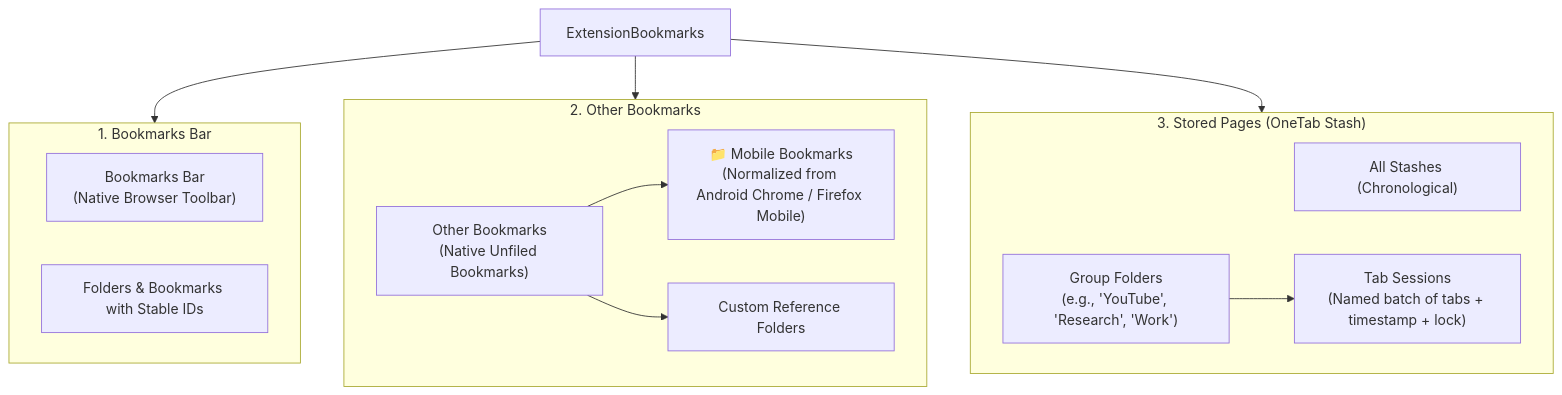
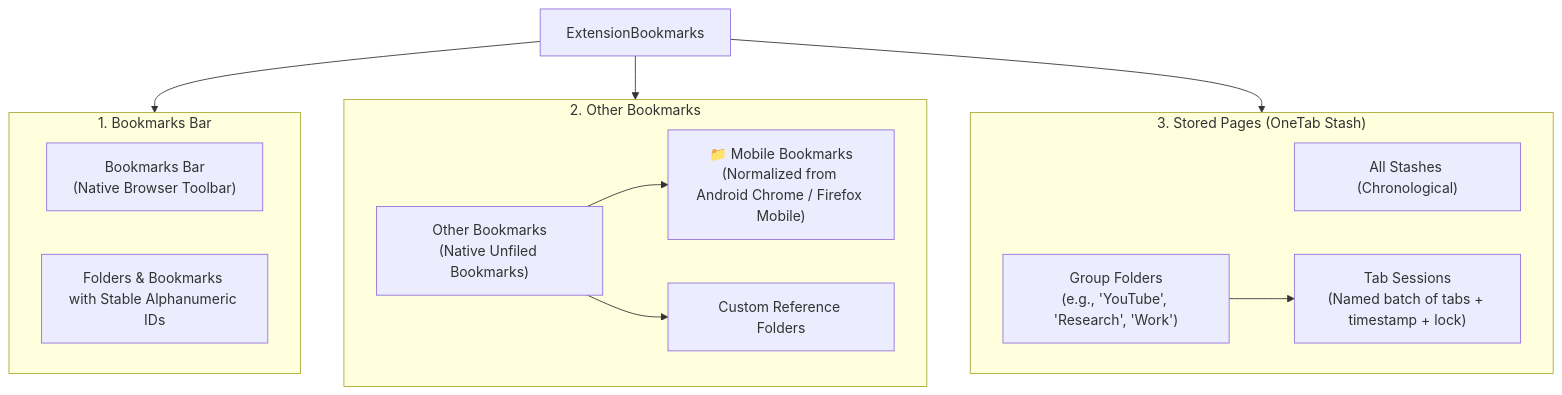
Before and after one commit to kidding365/ExtensionBookmarks: the first of 2 diagrams in docs/extension_architecture.md, drawn with Mermaid. The commit also changed other lines of this file and 25 other files, not shown here.

````diff
--- a/docs/extension_architecture.md
+++ b/docs/extension_architecture.md
@@ -15,28 +16,28 @@
 ```mermaid
 graph TD
     Root["ExtensionBookmarks"]
     
     subgraph Section1 ["1. Bookmarks Bar"]
         BMB["Bookmarks Bar\n(Native Browser Toolbar)"]
-        BMB_F["Folders & Bookmarks with Stable IDs"]
+        BMB_F["Folders & Bookmarks with Stable Alphanumeric IDs"]
     end
     
     subgraph Section2 ["2. Other Bookmarks"]
         OB["Other Bookmarks\n(Native Unfiled Bookmarks)"]
         MB["📁 Mobile Bookmarks\n(Normalized from Android Chrome / Firefox Mobile)"]
         OB_F["Custom Reference Folders"]
     end
     
     subgraph Section3 ["3. Stored Pages (OneTab Stash)"]
         SP_All["All Stashes (Chronological)"]
         SP_Folders["Group Folders\n(e.g., 'YouTube', 'Research', 'Work')"]
         SP_Sessions["Tab Sessions\n(Named batch of tabs + timestamp + lock)"]
     end
     
     Root --> Section1
     Root --> Section2
     Root --> Section3
     OB --> MB
     OB --> OB_F
     SP_Folders --> SP_Sessions
 ```
````
